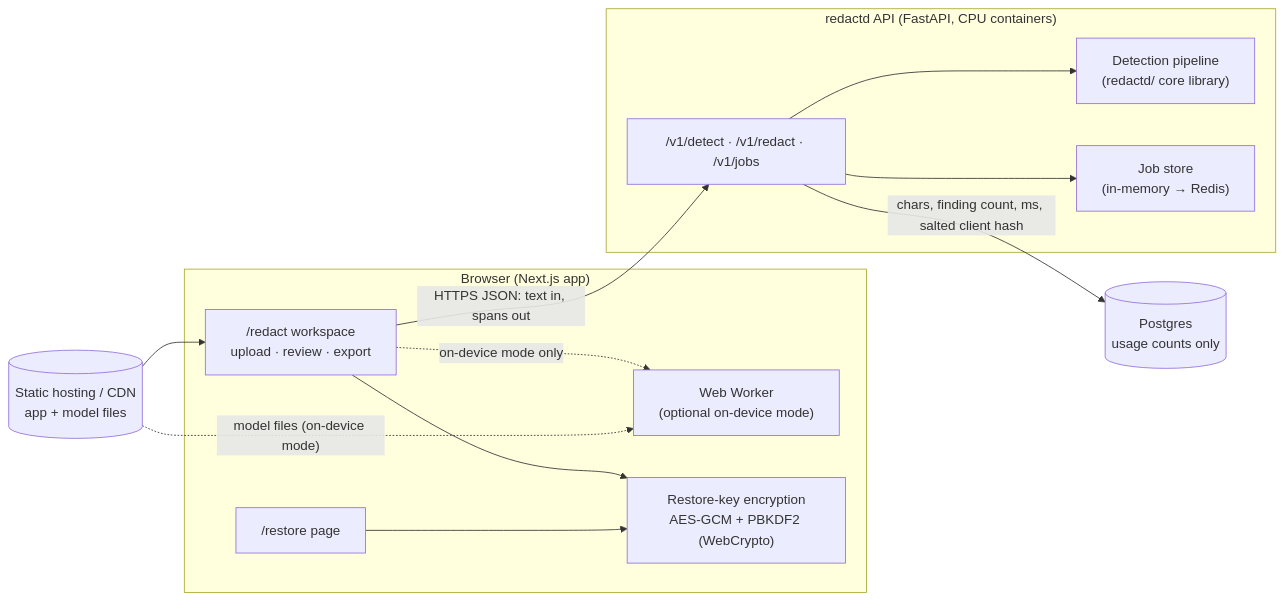
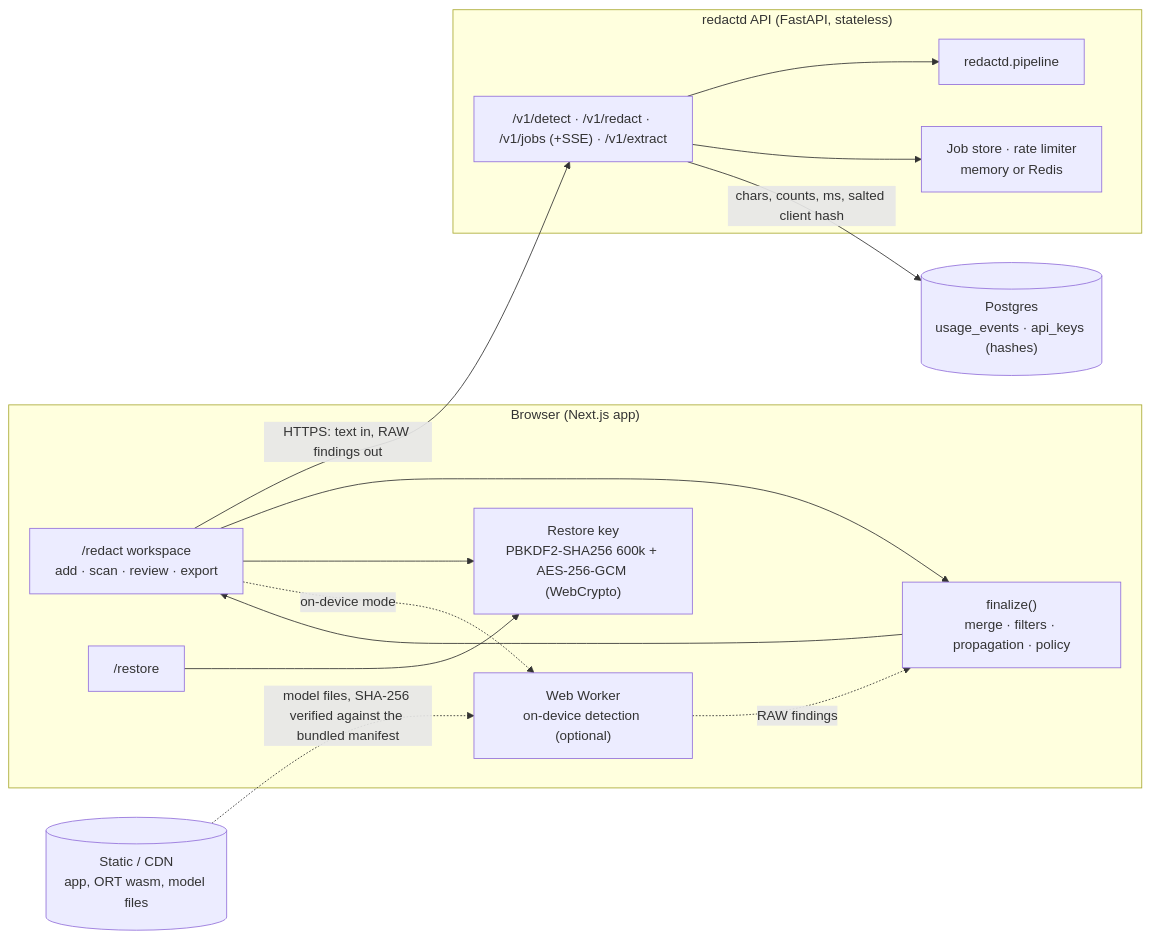
Before and after one commit to SiddhaBasu/redactd: the first of 3 diagrams in docs/ARCHITECTURE.md, drawn with Mermaid. The commit also changed other lines of this file and 1 other file, not shown here.

First line of the commit message:
docs: architecture rewrite for the current pipeline, manual precision audit note

````diff
--- a/docs/ARCHITECTURE.md
+++ b/docs/ARCHITECTURE.md
@@ -5,26 +5,27 @@
 ```mermaid
 flowchart LR
   subgraph Browser["Browser (Next.js app)"]
-    UI["/redact workspace<br/>upload · review · export"]
-    R["/restore page"]
-    W["Web Worker<br/>(optional on-device mode)"]
-    K["Restore-key encryption<br/>AES-GCM + PBKDF2 (WebCrypto)"]
+    UI["/redact workspace<br/>add · scan · review · export"]
+    F["finalize()<br/>merge · filters · propagation · policy"]
+    R["/restore"]
+    W["Web Worker<br/>on-device detection (optional)"]
+    K["Restore key<br/>PBKDF2-SHA256 600k + AES-256-GCM (WebCrypto)"]
   end
-  subgraph API["redactd API (FastAPI, CPU containers)"]
-    EP["/v1/detect · /v1/redact · /v1/jobs"]
-    P["Detection pipeline<br/>(redactd/ core library)"]
-    J["Job store<br/>(in-memory → Redis)"]
+  subgraph API["redactd API (FastAPI, stateless)"]
+    EP["/v1/detect · /v1/redact · /v1/jobs (+SSE) · /v1/extract"]
+    P["redactd.pipeline"]
+    J["Job store · rate limiter<br/>memory or Redis"]
   end
-  DB[("Postgres<br/>usage counts only")]
-  CDN[("Static hosting / CDN<br/>app + model files")]
+  DB[("Postgres<br/>usage_events · api_keys (hashes)")]
+  CDN[("Static / CDN<br/>app, ORT wasm, model files")]
 
-  UI -- "HTTPS JSON: text in, spans out" --> EP
+  UI -- "HTTPS: text in, RAW findings out" --> EP
   EP --> P
   EP --> J
-  EP -- "chars, finding count, ms, salted client hash" --> DB
+  EP -- "chars, counts, ms, salted client hash" --> DB
+  UI --> F --> UI
   UI --> K
   R --> K
-  UI -. "on-device mode only" .-> W
-  CDN --> UI
-  CDN -. "model files (on-device mode)" .-> W
+  UI -. "on-device mode" .-> W -. "RAW findings" .-> F
+  CDN -. "model files, SHA-256 verified against the bundled manifest" .-> W
 ```
````
